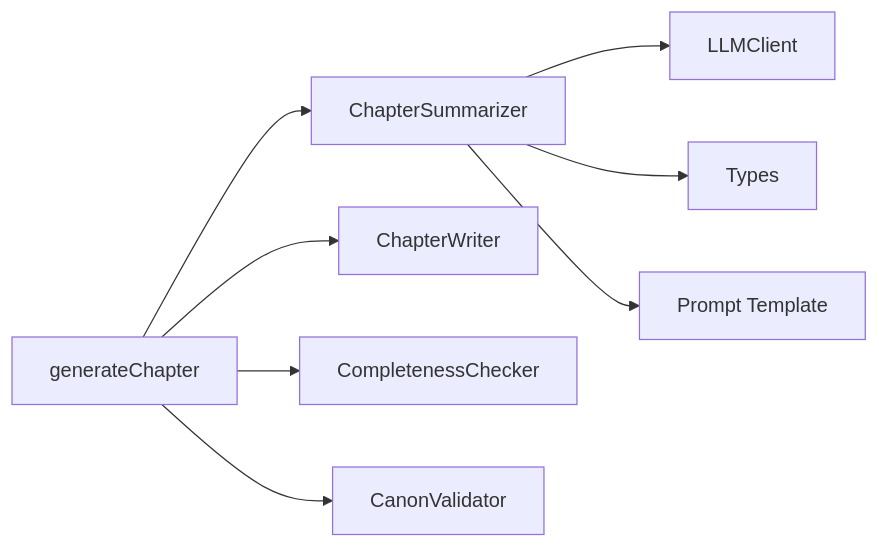
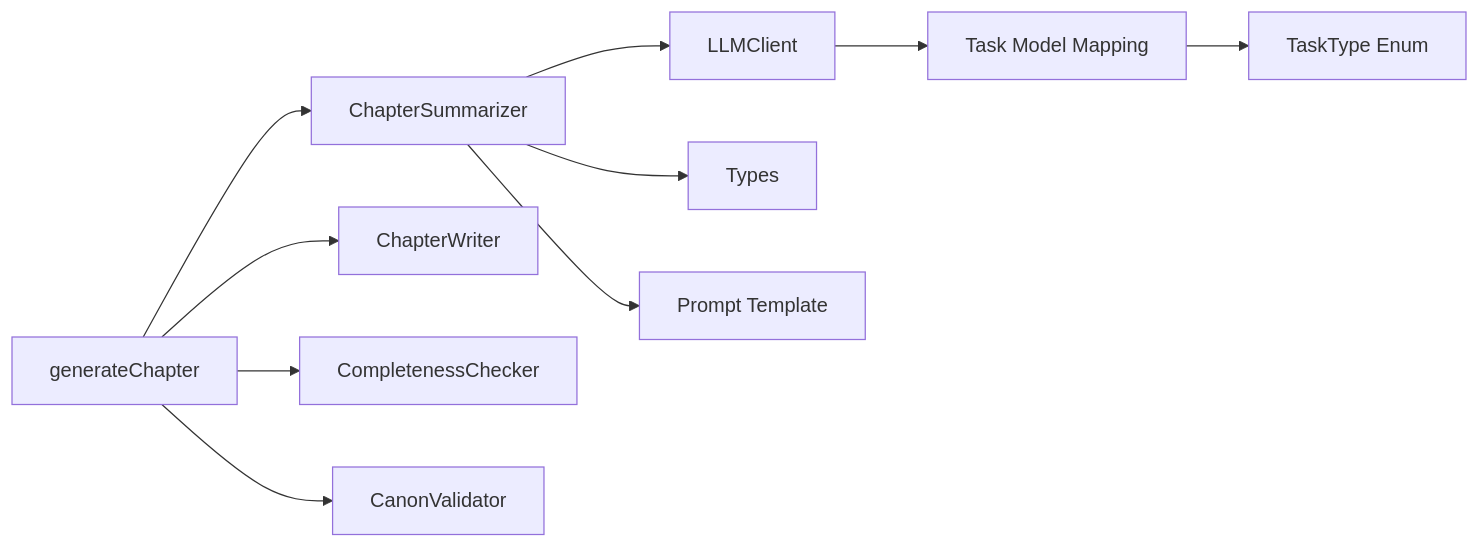
Before and after one commit to liwonder/NARRITIVE_OS: the sixth of 6 diagrams in .qoder/repowiki/en/content/AI Agent System/Summarizer Agent.md, drawn with Mermaid. The commit also changed other lines of this file and 12 other files, not shown here.

````diff
--- a/.qoder/repowiki/en/content/AI Agent System/Summarizer Agent.md
+++ b/.qoder/repowiki/en/content/AI Agent System/Summarizer Agent.md
@@ -312,10 +402,12 @@
 ```mermaid
 graph LR
 SM["ChapterSummarizer"] --> LLM["LLMClient"]
 SM --> T["Types"]
 SM --> P["Prompt Template"]
+LLM --> TM["Task Model Mapping"]
+TM --> TT["TaskType Enum"]
 G["generateChapter"] --> SM
 G --> W["ChapterWriter"]
 G --> CC["CompletenessChecker"]
 G --> CV["CanonValidator"]
 ```
````
